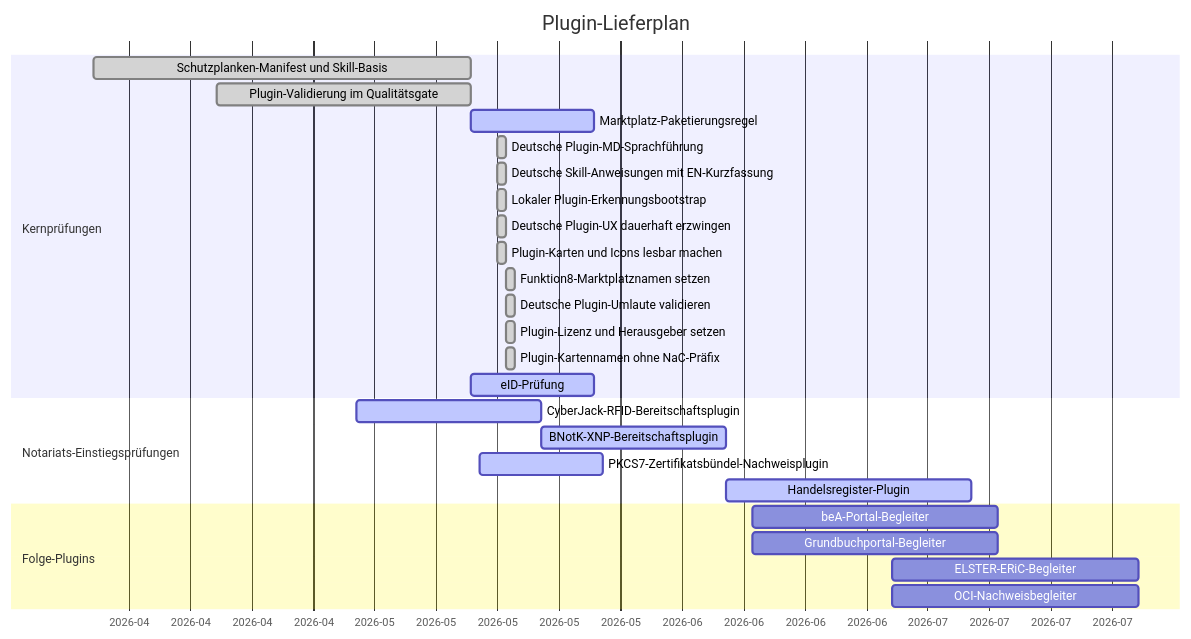
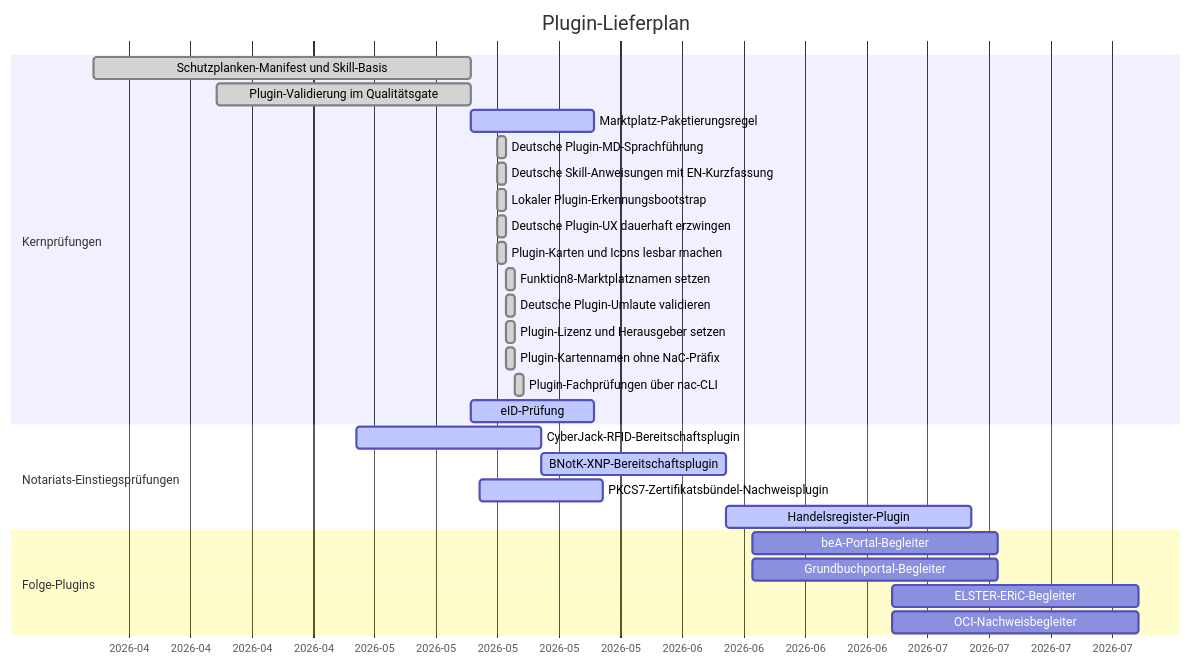
One commit to notariat8/NaC changed the diagram in plugins/GANTT.md. Above: the diagram before and after it, drawn with Mermaid. The commit also changed other lines of this file and 11 other files, not shown here.

Commit message:
Expose plugin checks through NaC CLI

````diff
--- a/plugins/GANTT.md
+++ b/plugins/GANTT.md
@@ -5,33 +5,34 @@
 ```mermaid
 gantt
     title Plugin-Lieferplan
     dateFormat  YYYY-MM-DD
     axisFormat  %Y-%m
 
     section Kernprüfungen
     Schutzplanken-Manifest und Skill-Basis     :done,   p1, 2026-04-01, 2026-05-14
     Plugin-Validierung im Qualitätsgate       :done,   p2, 2026-04-15, 2026-05-14
     Marktplatz-Paketierungsregel               :active, p3, 2026-05-14, 14d
     Deutsche Plugin-MD-Sprachführung          :done,   p3a, 2026-05-17, 1d
     Deutsche Skill-Anweisungen mit EN-Kurzfassung :done, p3b, 2026-05-17, 1d
     Lokaler Plugin-Erkennungsbootstrap          :done,   p3c, 2026-05-17, 1d
     Deutsche Plugin-UX dauerhaft erzwingen      :done,   p3d, 2026-05-17, 1d
     Plugin-Karten und Icons lesbar machen       :done,   p3e, 2026-05-17, 1d
     Funktion8-Marktplatznamen setzen            :done,   p3f, 2026-05-18, 1d
     Deutsche Plugin-Umlaute validieren           :done,   p3g, 2026-05-18, 1d
     Plugin-Lizenz und Herausgeber setzen         :done,   p3h, 2026-05-18, 1d
     Plugin-Kartennamen ohne NaC-Präfix           :done,   p3i, 2026-05-18, 1d
+    Plugin-Fachprüfungen über nac-CLI            :done,   p3j, 2026-05-19, 1d
     eID-Prüfung                            :active, p4, 2026-05-14, 14d
 
     section Notariats-Einstiegsprüfungen
     CyberJack-RFID-Bereitschaftsplugin         :active, p5, 2026-05-01, 21d
     BNotK-XNP-Bereitschaftsplugin              :active, p6, after p5, 21d
     PKCS7-Zertifikatsbündel-Nachweisplugin    :active, p6a, 2026-05-15, 14d
     Handelsregister-Plugin                     :active, p7, after p6, 28d
 
     section Folge-Plugins
     beA-Portal-Begleiter                       :        p8, 2026-06-15, 28d
     Grundbuchportal-Begleiter                  :        p9, 2026-06-15, 28d
     ELSTER-ERiC-Begleiter                      :        p10, 2026-07-01, 28d
     OCI-Nachweisbegleiter                      :        p11, 2026-07-01, 28d
 ```
````
